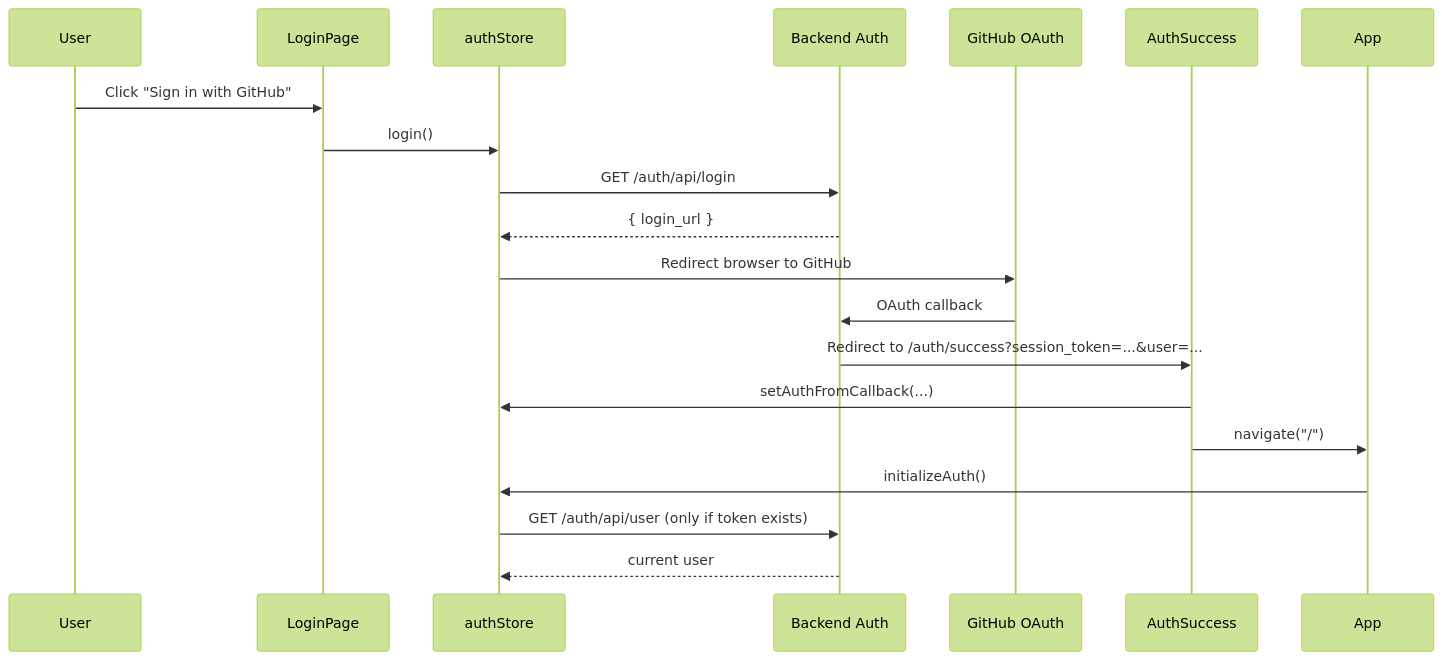
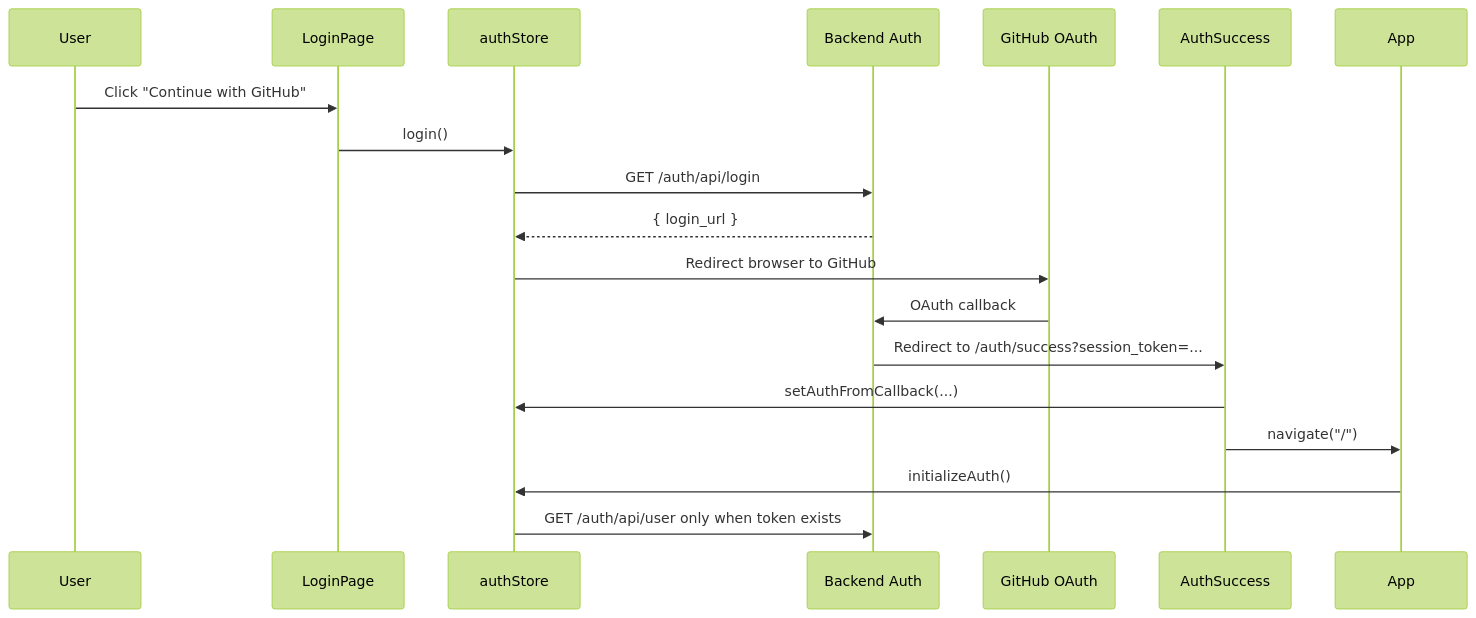
Before and after one commit to pranay5255/YudaiV3: the second of 3 diagrams in docs/frontend-architecture.md, drawn with Mermaid (forest theme). The commit also changed other lines of this file, not shown here.

Commit message:
docs(frontend): refresh frontend architecture guide

````diff
--- a/docs/frontend-architecture.md
+++ b/docs/frontend-architecture.md
@@ -434,23 +185,22 @@
 ```mermaid
 sequenceDiagram
     participant U as User
     participant LP as LoginPage
     participant AS as authStore
     participant BE as Backend Auth
     participant GH as GitHub OAuth
     participant SUC as AuthSuccess
     participant APP as App
 
-    U->>LP: Click "Sign in with GitHub"
+    U->>LP: Click "Continue with GitHub"
     LP->>AS: login()
     AS->>BE: GET /auth/api/login
     BE-->>AS: { login_url }
     AS->>GH: Redirect browser to GitHub
     GH->>BE: OAuth callback
-    BE->>SUC: Redirect to /auth/success?session_token=...&user=...
+    BE->>SUC: Redirect to /auth/success?session_token=...
     SUC->>AS: setAuthFromCallback(...)
     SUC->>APP: navigate("/")
     APP->>AS: initializeAuth()
-    AS->>BE: GET /auth/api/user (only if token exists)
-    BE-->>AS: current user
+    AS->>BE: GET /auth/api/user only when token exists
 ```
````
